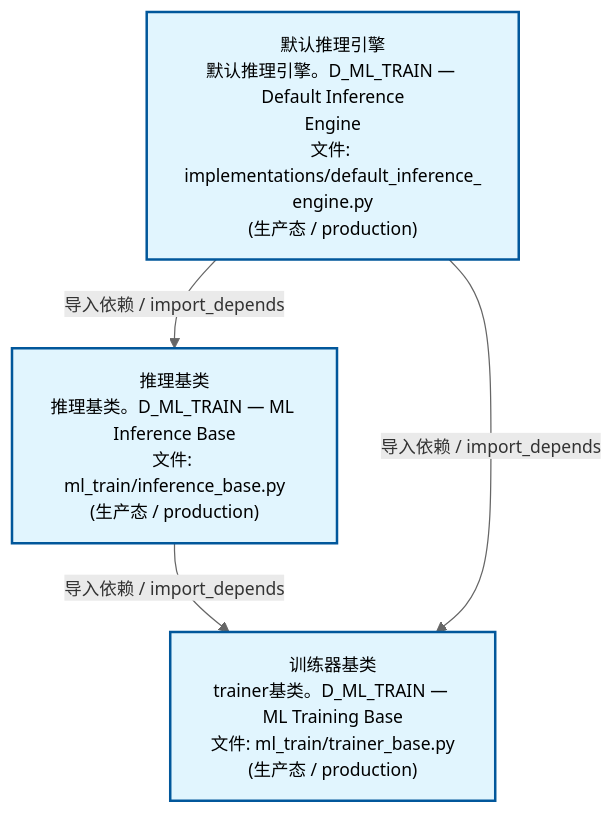
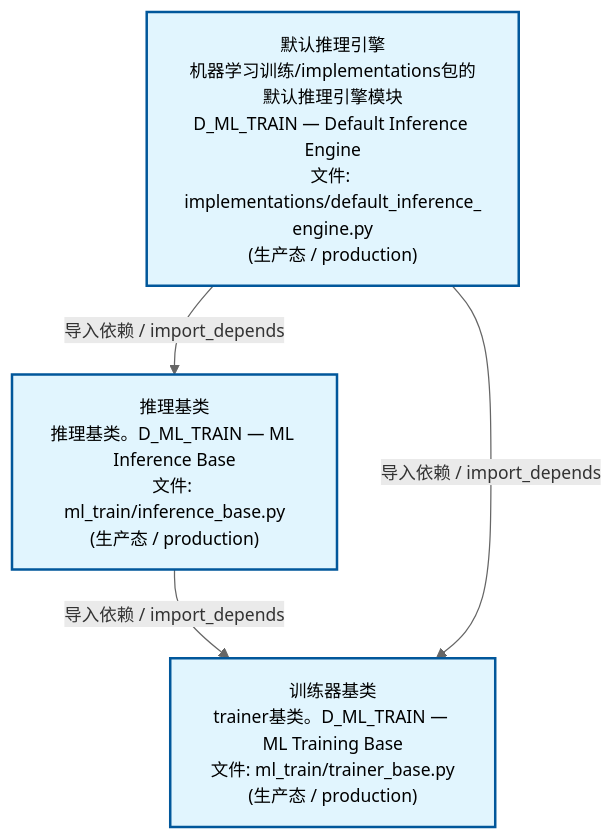
Before and after one commit to xuanFelixVan/ZephyrAlpha: the second of 4 diagrams in docs/02_enterprise_architecture/02_domain_architecture_docs/61_d_ml_train.md, drawn with Mermaid. The commit also changed other lines of this file and 58 other files, not shown here.

````diff
--- a/docs/02_enterprise_architecture/02_domain_architecture_docs/61_d_ml_train.md
+++ b/docs/02_enterprise_architecture/02_domain_architecture_docs/61_d_ml_train.md
@@ -99,15 +99,15 @@
 ```mermaid
 %%{init: {'theme': 'base', 'themeVariables': {'primaryColor': '#eaeaea', 'primaryTextColor': '#333333', 'primaryBorderColor': '#666666', 'lineColor': '#666666', 'secondaryColor': '#eaeaea', 'tertiaryColor': '#eaeaea', 'fontSize': '14px'}}}%%
 flowchart TD
-    src_zephyr_ml_train_implementations_default_inference_engine_py["默认推理引擎<br/>默认推理引擎。D_ML_TRAIN — Default Inference<br/>Engine<br/>文件: implementations/default_inference_<br/>engine.py<br/>(生产态 / production)"]
+    src_zephyr_ml_train_implementations_default_inference_engine_py["默认推理引擎<br/>机器学习训练/implementations包的默认推理引擎模块<br/>D_ML_TRAIN — Default Inference Engine<br/>文件: implementations/default_inference_<br/>engine.py<br/>(生产态 / production)"]
     src_zephyr_ml_train_inference_base_py["推理基类<br/>推理基类。D_ML_TRAIN — ML Inference Base<br/>文件: ml_train/inference_base.py<br/>(生产态 / production)"]
     src_zephyr_ml_train_trainer_base_py["训练器基类<br/>trainer基类。D_ML_TRAIN — ML Training Base<br/>文件: ml_train/trainer_base.py<br/>(生产态 / production)"]
     src_zephyr_ml_train_inference_base_py -->|导入依赖 / import_depends| src_zephyr_ml_train_trainer_base_py
+    src_zephyr_ml_train_implementations_default_inference_engine_py -->|导入依赖 / import_depends| src_zephyr_ml_train_inference_base_py
     src_zephyr_ml_train_implementations_default_inference_engine_py -->|导入依赖 / import_depends| src_zephyr_ml_train_trainer_base_py
-    src_zephyr_ml_train_implementations_default_inference_engine_py -->|导入依赖 / import_depends| src_zephyr_ml_train_inference_base_py
     classDef production fill:#e1f5fe,stroke:#01579b,stroke-width:2px,color:#000
     classDef design fill:#fff3e0,stroke:#e65100,stroke-width:2px,color:#000,stroke-dasharray: 5 5
     classDef external_prod fill:#e8f4fd,stroke:#0277bd,stroke-width:1px,color:#000
     classDef external_design fill:#fff8e7,stroke:#ef6c00,stroke-width:1px,color:#000,stroke-dasharray: 5 5
     class src_zephyr_ml_train_implementations_default_inference_engine_py,src_zephyr_ml_train_inference_base_py,src_zephyr_ml_train_trainer_base_py production
 ```
````
